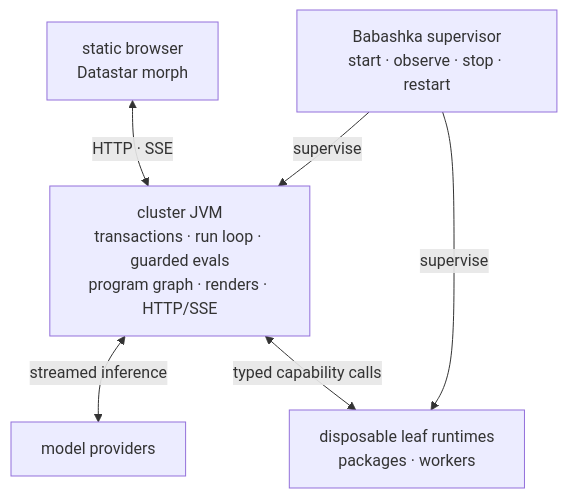
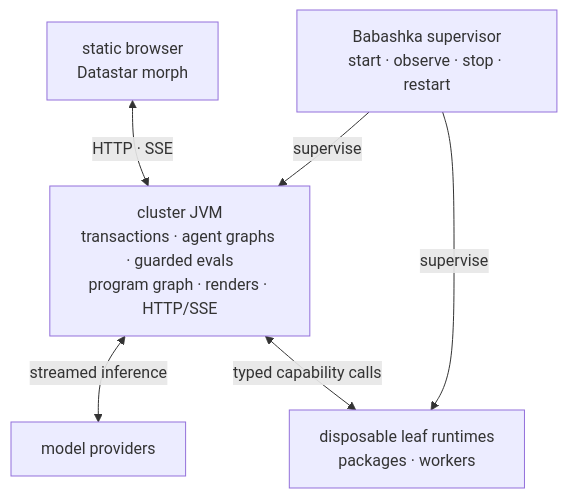
One commit to seantempesta/seon changed the diagram in docs/seon/architecture/architecture.md. Above: the diagram before and after it, drawn with Mermaid. The commit also changed other lines of this file and 4 other files, not shown here.

First line of the commit message:
docs(architecture): agents are flows — per-agent graphs, transport law, channel streaming, measured flow laws

````diff
--- a/docs/seon/architecture/architecture.md
+++ b/docs/seon/architecture/architecture.md
@@ -276,15 +276,15 @@
 ```mermaid
 flowchart TB
   Supervisor["Babashka supervisor\nstart · observe · stop · restart"]
-  Cluster["cluster JVM\ntransactions · run loop · guarded evals\nprogram graph · renders · HTTP/SSE"]
+  Cluster["cluster JVM\ntransactions · agent graphs · guarded evals\nprogram graph · renders · HTTP/SSE"]
   Leaf["disposable leaf runtimes\npackages · workers"]
   Browser["static browser\nDatastar morph"]
   Models["model providers"]
 
   Supervisor -->|"supervise"| Cluster
   Supervisor -->|"supervise"| Leaf
 
   Browser <-->|"HTTP · SSE"| Cluster
   Cluster <-->|"streamed inference"| Models
   Cluster <-->|"typed capability calls"| Leaf
 ```
````
